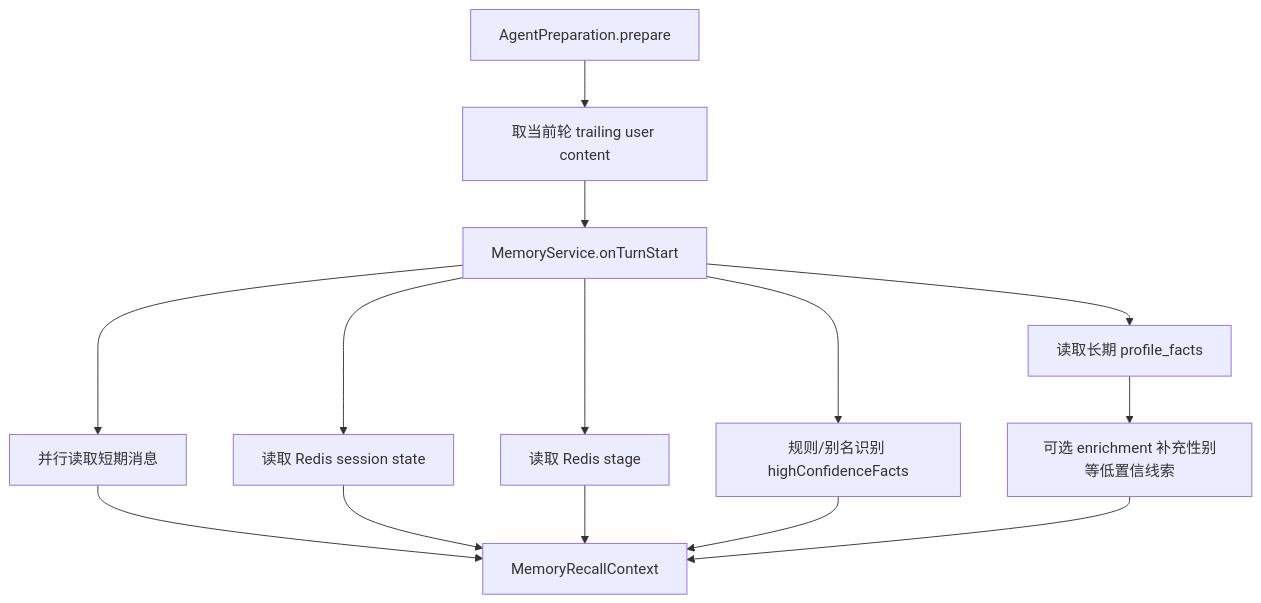
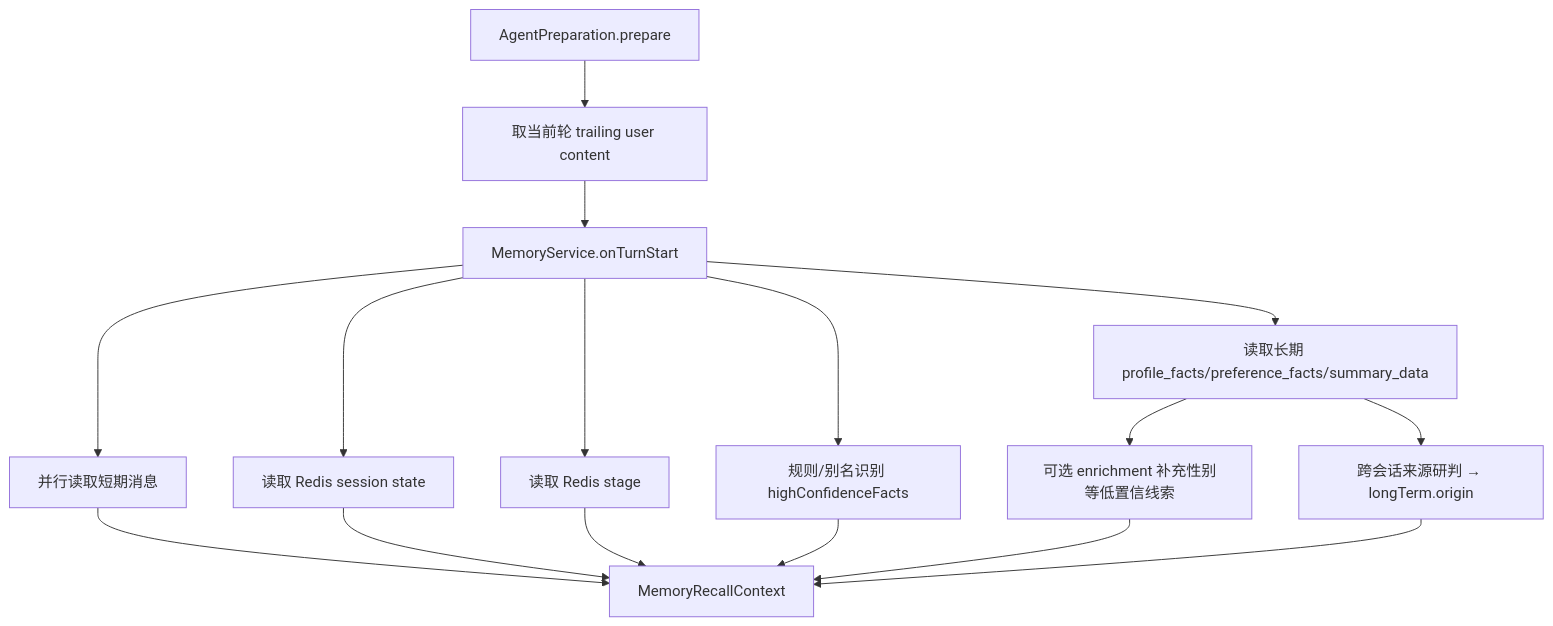
Before and after one commit to huajune/cake-agent-runtime: the second of 5 diagrams in docs/architecture/memory-and-hints-data-flow.md, drawn with Mermaid. The commit also changed other lines of this file and 13 other files, not shown here.

````diff
--- a/docs/architecture/memory-and-hints-data-flow.md
+++ b/docs/architecture/memory-and-hints-data-flow.md
@@ -138,16 +142,18 @@
 ```mermaid
 flowchart TD
   A["AgentPreparation.prepare"] --> B["取当前轮 trailing user content"]
   B --> C["MemoryService.onTurnStart"]
   C --> D["并行读取短期消息"]
   C --> E["读取 Redis session state"]
   C --> F["读取 Redis stage"]
-  C --> G["读取长期 profile_facts"]
+  C --> G["读取长期 profile_facts/preference_facts/summary_data"]
   C --> H["规则/别名识别 highConfidenceFacts"]
   G --> I["可选 enrichment 补充性别等低置信线索"]
+  G --> K["跨会话来源研判 → longTerm.origin"]
   D --> J["MemoryRecallContext"]
   E --> J
   F --> J
   H --> J
   I --> J
+  K --> J
 ```
````
